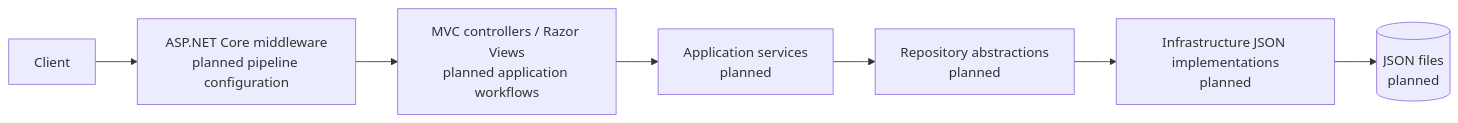
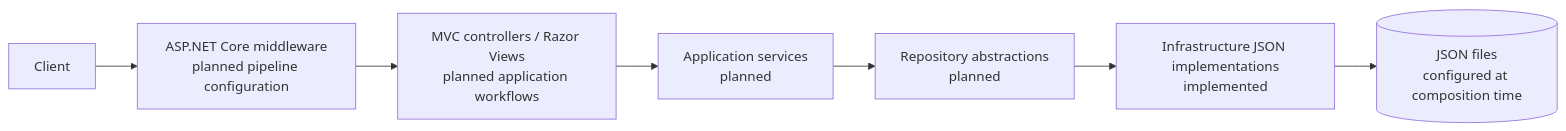
One commit to NarendraDappili/ApexPostLogisticsRepo changed diagram 12 of 12 in DESIGN.md. Above: the diagram before and after it, drawn with Mermaid. The commit also changed other lines of this file and 10 other files, not shown here.

Commit message:
feat(infrastructure): add asynchronous JSON repositories

````diff
--- a/DESIGN.md
+++ b/DESIGN.md
@@ -153,9 +183,9 @@
 ```mermaid
 flowchart LR
     Client[Client] --> Middleware[ASP.NET Core middleware<br/>planned pipeline configuration]
     Middleware --> Controller[MVC controllers / Razor Views<br/>planned application workflows]
     Controller --> AppService[Application services<br/>planned]
     AppService --> Repository[Repository abstractions<br/>planned]
-    Repository --> Infrastructure[Infrastructure JSON implementations<br/>planned]
-    Infrastructure --> Files[(JSON files<br/>planned)]
+    Repository --> Infrastructure[Infrastructure JSON implementations<br/>implemented]
+    Infrastructure --> Files[(JSON files<br/>configured at composition time)]
 ```
````
